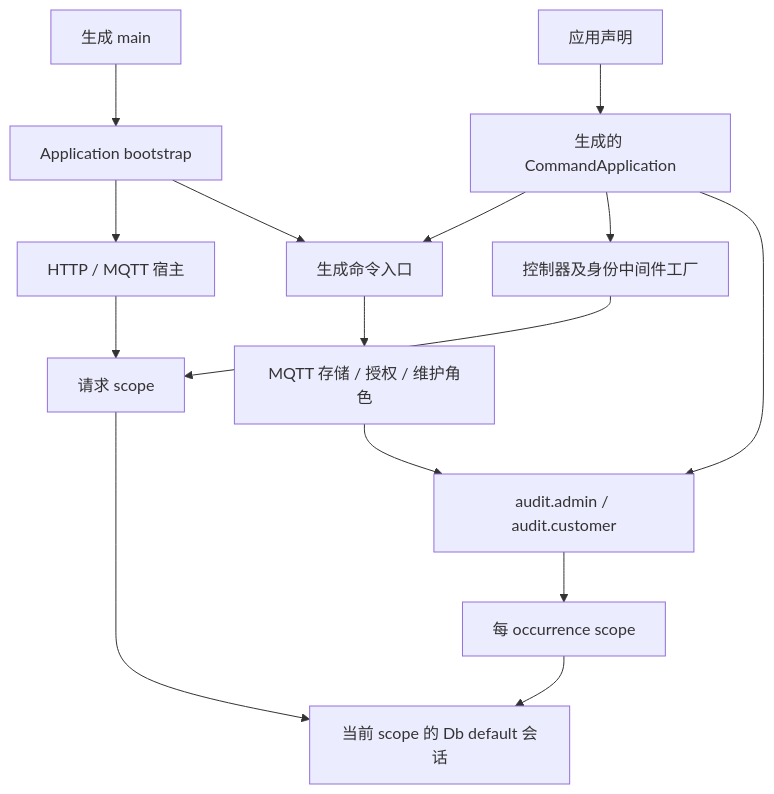
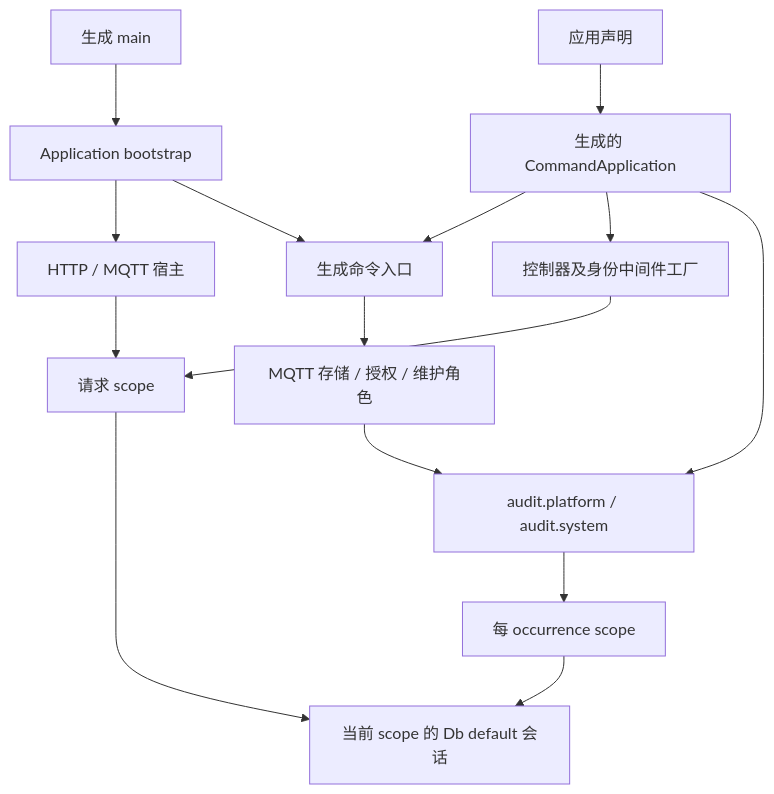
The diagram in docs/development/iot-application-assembly.md (zoujingli/typeapp), drawn with Mermaid before and after one commit. The commit also changed other lines of this file and 1 other file, not shown here.

Commit message:
docs(装配): 统一 Platform System 审计术语
背景与目的：统一装配图和公开方案页仍使用旧的 audit.admin、audit.customer 与成员关系描述，和当前 Platform/System 审计任务及 Tenant 入口不一致。

主要改动：将计划任务登记改为 audit.platform/audit.system，并把方案页的授权描述改为当前 Tenant 使用关系。

影响范围与兼容性：仅更新文档和方案展示，不改变调度登记、审计存储或业务权限。

验证入口及实际结果：git diff --cached --check 通过；活动源码与文档扫描确认旧审计任务名已无引用。

````diff
--- a/docs/development/iot-application-assembly.md
+++ b/docs/development/iot-application-assembly.md
@@ -7,17 +7,17 @@
 ```mermaid
 flowchart TD
   Declaration[应用声明] --> Generated[生成的 CommandApplication]
   Main[生成 main] --> Bootstrap[Application bootstrap]
   Bootstrap --> Http[HTTP / MQTT 宿主]
   Bootstrap --> Commands[生成命令入口]
   Generated --> Commands
   Generated --> Routes[控制器及身份中间件工厂]
-  Generated --> Schedules[audit.admin / audit.customer]
+  Generated --> Schedules[audit.platform / audit.system]
   Http --> Request[请求 scope]
   Routes --> Request
   Commands --> Roles[MQTT 存储 / 授权 / 维护角色]
   Roles --> Schedules
   Schedules --> TaskScope[每 occurrence scope]
   Request --> Db[当前 scope 的 Db default 会话]
   TaskScope --> Db
 ```
````
